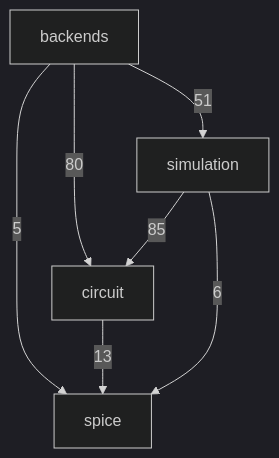
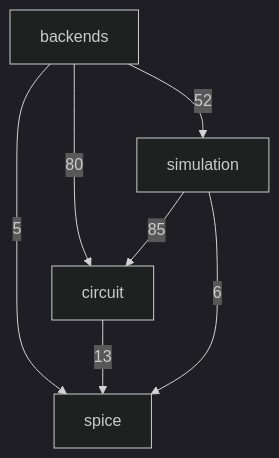
The second of 3 diagrams in docs/architecture.md (ronnymilleo/imcsim), drawn with Mermaid (dark theme) before and after one commit.

Commit message:
Regenerate the include diagram

````diff
--- a/docs/architecture.md
+++ b/docs/architecture.md
@@ -33,13 +33,13 @@
 ```mermaid
 flowchart TD
     app_core_spice[spice]
     app_core_circuit[circuit]
     app_core_simulation[simulation]
     app_core_backends[backends]
     app_core_backends -->|80| app_core_circuit
-    app_core_backends -->|51| app_core_simulation
+    app_core_backends -->|52| app_core_simulation
     app_core_backends -->|5| app_core_spice
     app_core_circuit -->|13| app_core_spice
     app_core_simulation -->|85| app_core_circuit
     app_core_simulation -->|6| app_core_spice
 ```
````
